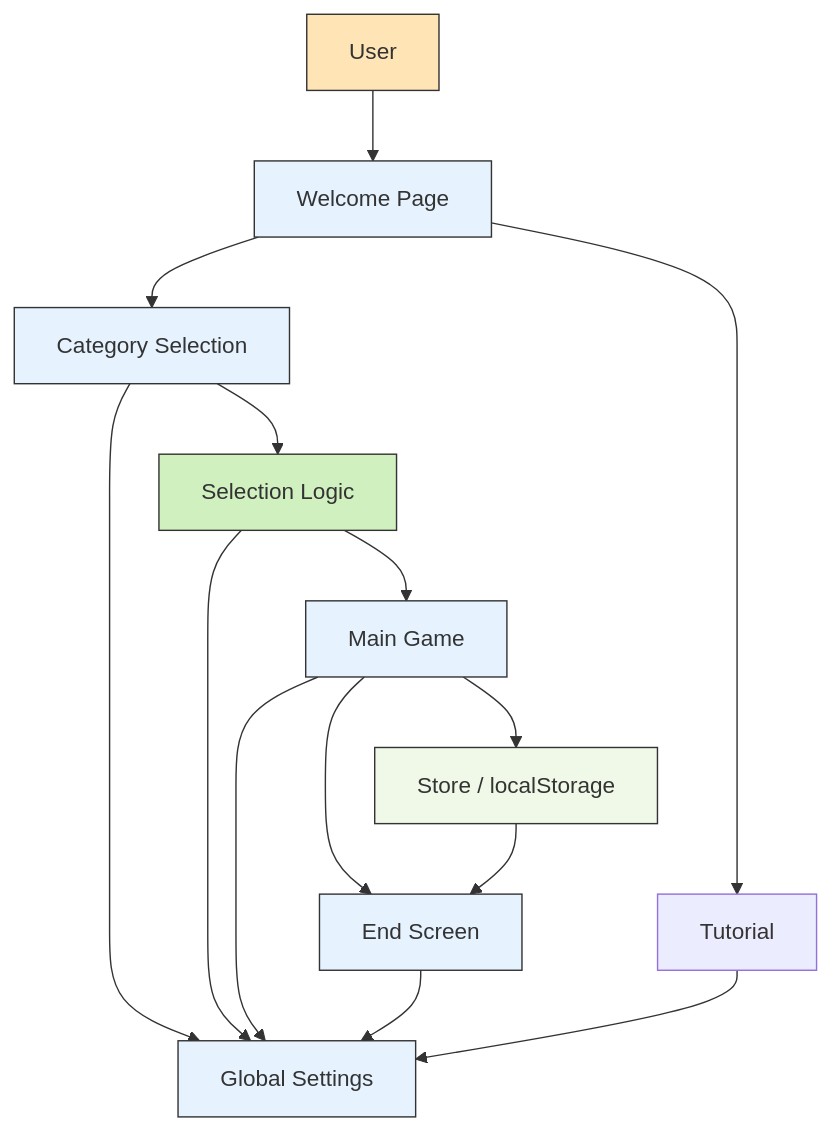
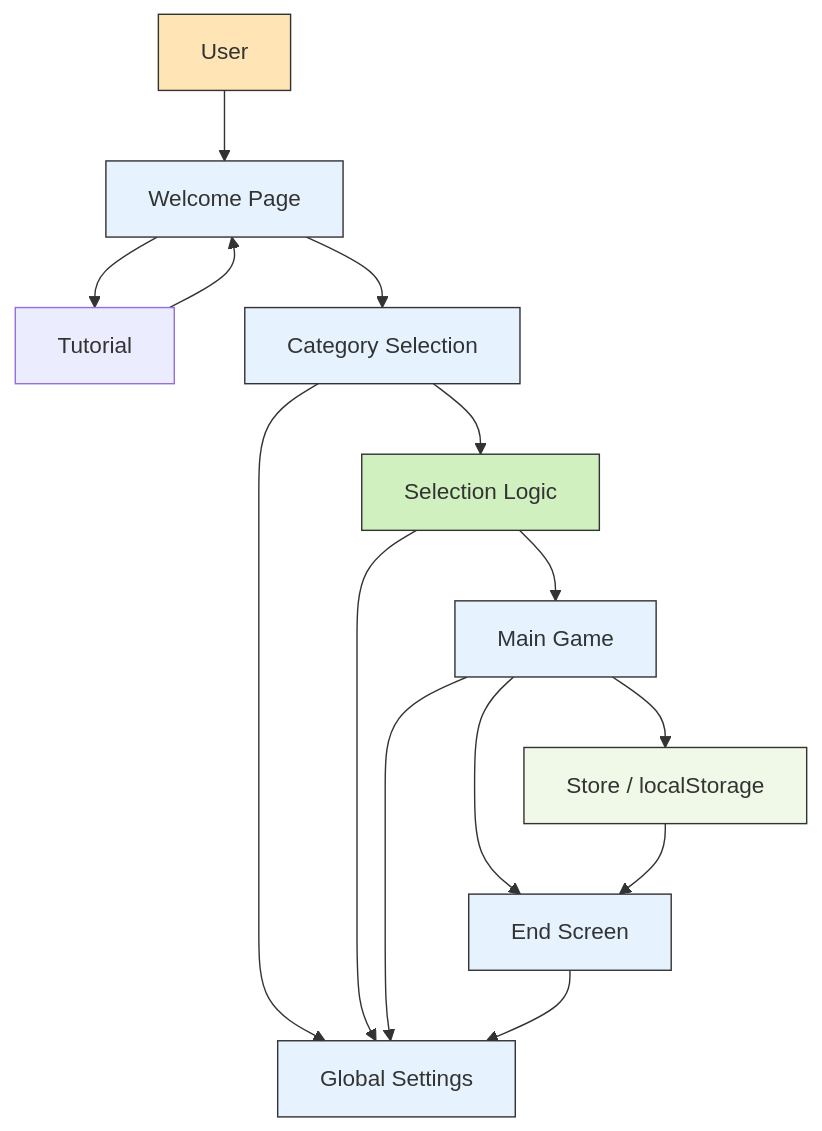
Before and after one commit to uu-semp/swedish-learning-app-2025: the diagram in team08/README.md, drawn with Mermaid.

Commit message:
updating readme file

````diff
--- a/team08/README.md
+++ b/team08/README.md
@@ -42,25 +42,25 @@
 ```mermaid
 graph TD
     A[User] --> B[Welcome Page]
     B --> I[Tutorial] 
+    I --> B
     B --> C[Category Selection]
     C --> D[Selection Logic]
     D --> E[Main Game]
     E --> F[Store / localStorage]
     E --> G[End Screen]
     C --> H[Global Settings]
     D --> H
     E --> H
     G --> H
-    I --> H
     F --> G
 
     style A fill:#ffe4b5,stroke:#333
     style B fill:#e6f3ff,stroke:#333
     style C fill:#e6f3ff,stroke:#333
     style E fill:#e6f3ff,stroke:#333
     style G fill:#e6f3ff,stroke:#333
     style H fill:#e6f3ff,stroke:#333
     style D fill:#d0f0c0,stroke:#333
     style F fill:#f0f9e8,stroke:#333
 ```
````
